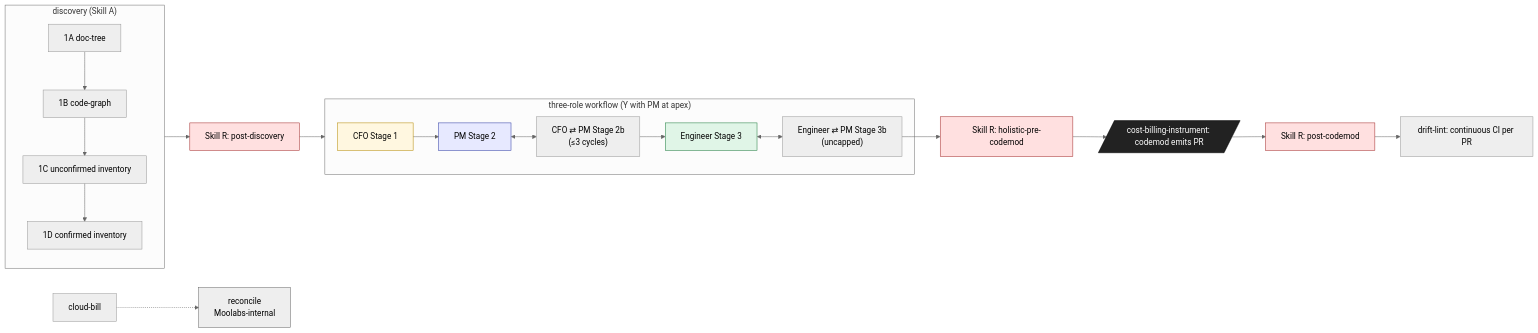
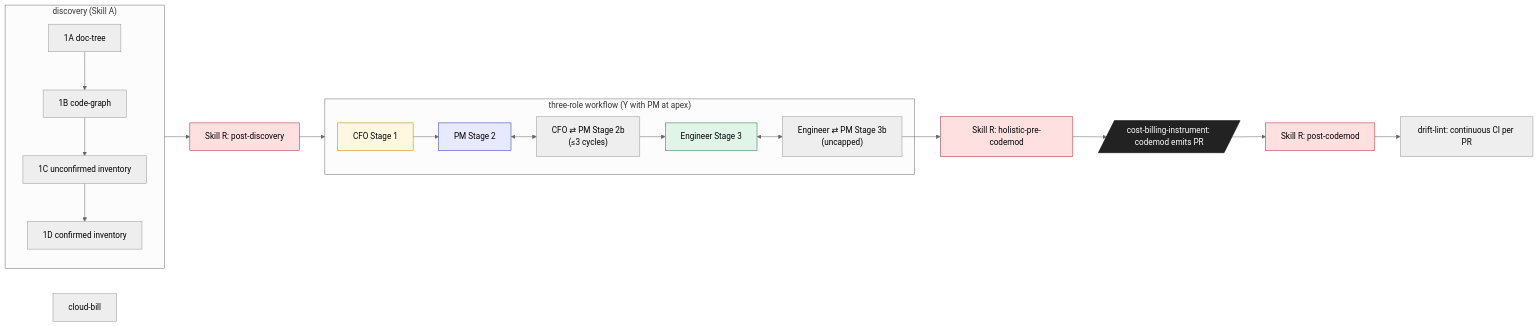
The diagram in skills/cost-billing-shared/SUITE_README.md (moolabs-hq/moo-skills), drawn with Mermaid (neutral theme) before and after one commit. The commit also changed other lines of this file and 10 other files, not shown here.

````diff
--- a/skills/cost-billing-shared/SUITE_README.md
+++ b/skills/cost-billing-shared/SUITE_README.md
@@ -27,34 +28,30 @@
 ```mermaid
 flowchart LR
     subgraph DISCOVERY ["discovery (Skill A)"]
         D1[1A doc-tree] --> D2[1B code-graph] --> D3[1C unconfirmed inventory] --> D4[1D confirmed inventory]
     end
 
     subgraph ROLES ["three-role workflow (Y with PM at apex)"]
         CFO1[CFO Stage 1] --> PM2[PM Stage 2]
         PM2 <--> CFOPM["CFO ⇄ PM Stage 2b<br/>(≤3 cycles)"]
         CFOPM --> ENG3[Engineer Stage 3]
         ENG3 <--> ENGPM["Engineer ⇄ PM Stage 3b<br/>(uncapped)"]
     end
 
     R1[Skill R: post-discovery]
     RH["Skill R: holistic-pre-codemod"]
     CODEMOD[/cost-billing-instrument: codemod emits PR/]
     RPR[Skill R: post-codemod]
     DRIFT[drift-lint: continuous CI per PR]
     CLOUD[cloud-bill]
-    RECON[reconcile<br/>Moolabs-internal]
 
     DISCOVERY --> R1 --> ROLES
     ENGPM --> RH --> CODEMOD --> RPR --> DRIFT
-    CLOUD -.-> RECON
-
     style CODEMOD fill:#222,stroke:#000,color:#fff
     style RH fill:#ffe0e0,stroke:#a32c2c,color:#000
     style R1 fill:#ffe0e0,stroke:#a32c2c,color:#000
     style RPR fill:#ffe0e0,stroke:#a32c2c,color:#000
     style CFO1 fill:#fff7e0,stroke:#b58900,color:#000
     style PM2 fill:#e7e9ff,stroke:#2c39a3,color:#000
     style ENG3 fill:#e0f5e7,stroke:#1d7a3d,color:#000
-    style RECON fill:#eee,stroke:#666,color:#000
 ```
````
